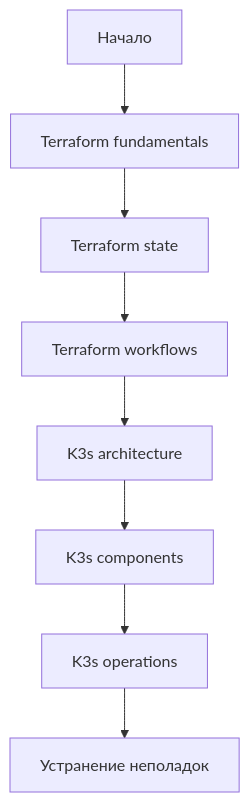
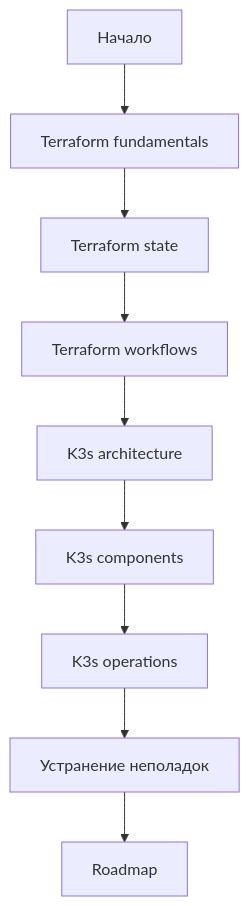
The diagram in docs/README.md (VictorRoshchin/Proxmox-k3s-cluster), drawn with Mermaid before and after one commit. The commit also changed other lines of this file and 33 other files, not shown here.

````diff
--- a/docs/README.md
+++ b/docs/README.md
@@ -7,10 +7,11 @@
 ```mermaid
 flowchart TD
     A[Начало] --> B[Terraform fundamentals]
     B --> C[Terraform state]
     C --> D[Terraform workflows]
     D --> E[K3s architecture]
     E --> F[K3s components]
     F --> G[K3s operations]
     G --> H[Устранение неполадок]
+    H --> I[Roadmap]
 ```
````
